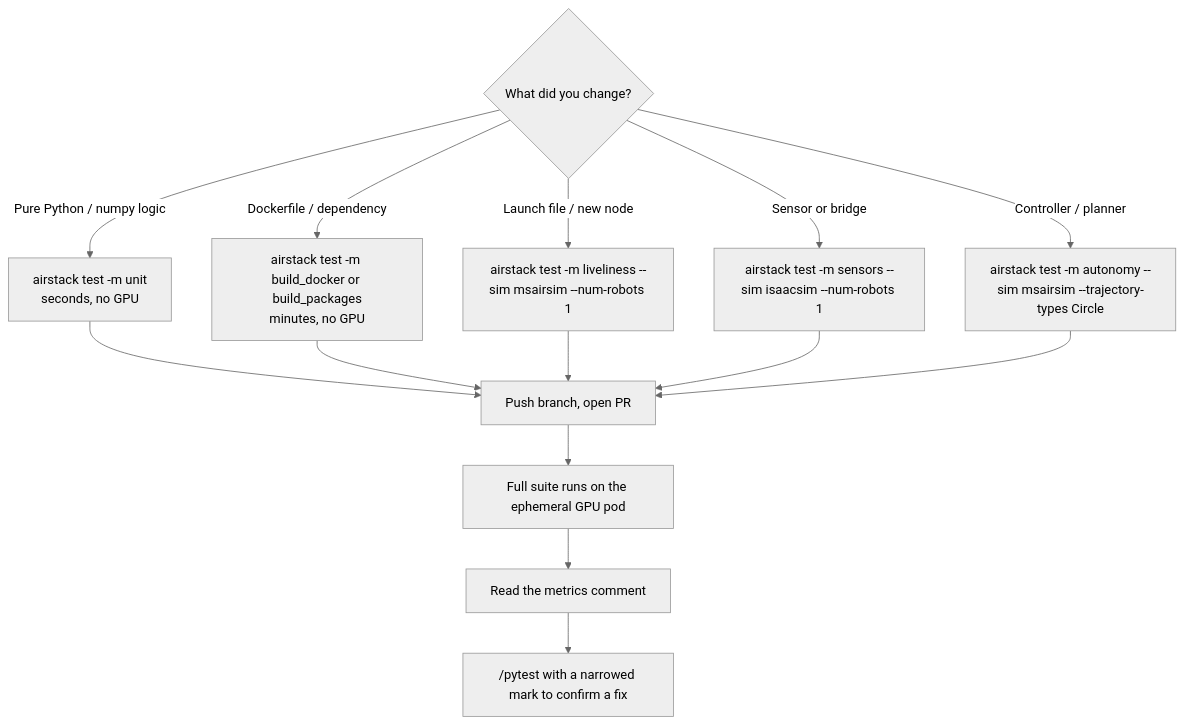
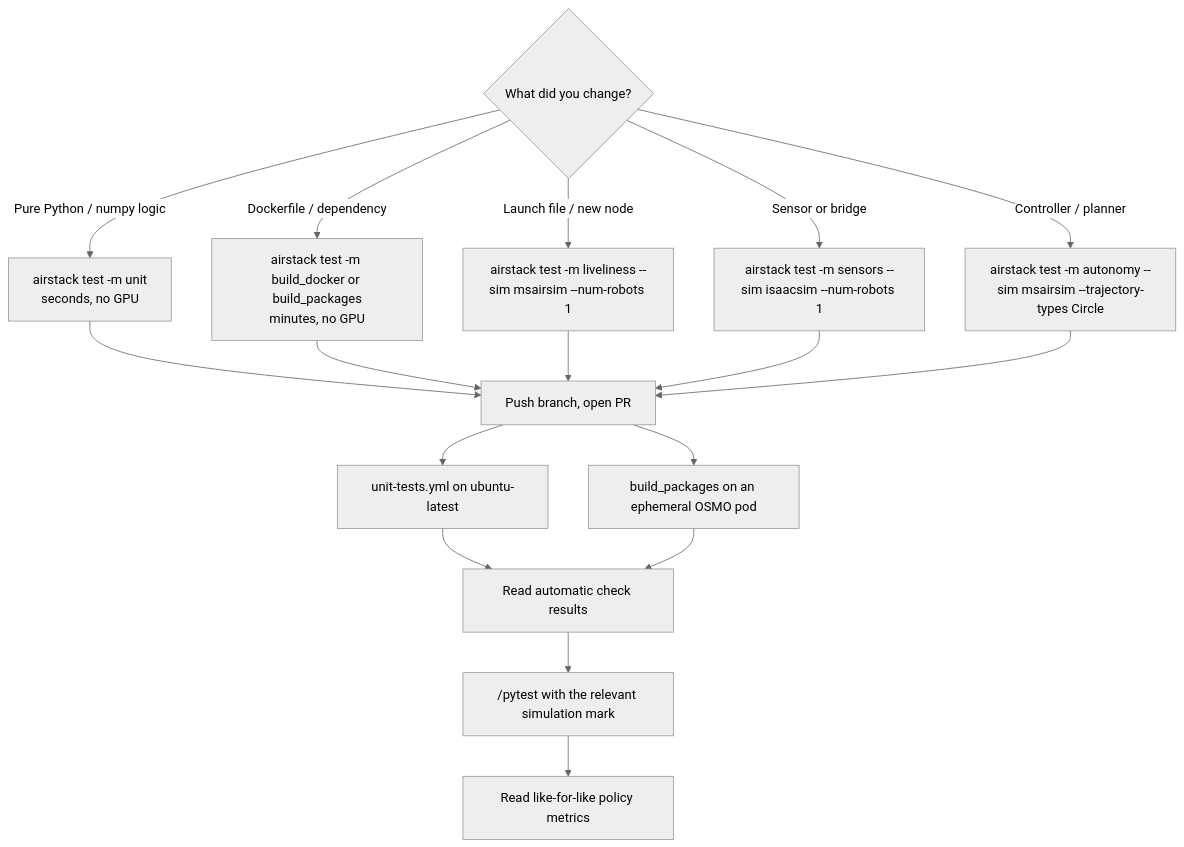
The seventh of 8 diagrams in docs/development/intermediate/testing/ci_cd.md (castacks/AirStack), drawn with Mermaid (neutral theme) before and after one commit. The commit also changed other lines of this file and 20 other files, not shown here.

````diff
--- a/docs/development/intermediate/testing/ci_cd.md
+++ b/docs/development/intermediate/testing/ci_cd.md
@@ -432,17 +443,20 @@
 ```mermaid
 flowchart TD
   q{"What did you change?"}
   q -- "Pure Python / numpy logic" --> u["airstack test -m unit<br/>seconds, no GPU"]
   q -- "Dockerfile / dependency" --> b["airstack test -m build_docker or build_packages<br/>minutes, no GPU"]
   q -- "Launch file / new node" --> l["airstack test -m liveliness --sim msairsim --num-robots 1"]
   q -- "Sensor or bridge" --> s["airstack test -m sensors --sim isaacsim --num-robots 1"]
   q -- "Controller / planner" --> a["airstack test -m autonomy --sim msairsim --trajectory-types Circle"]
   u --> pr["Push branch, open PR"]
   b --> pr
   l --> pr
   s --> pr
   a --> pr
-  pr --> ci["Full suite runs on the ephemeral GPU pod"]
-  ci --> rep["Read the metrics comment"]
-  rep --> iter["/pytest with a narrowed mark to confirm a fix"]
+  pr --> fast["unit-tests.yml on ubuntu-latest"]
+  pr --> ci["build_packages on an ephemeral OSMO pod"]
+  fast --> rep["Read automatic check results"]
+  ci --> rep
+  rep --> iter["/pytest with the relevant simulation mark"]
+  iter --> metrics["Read like-for-like policy metrics"]
 ```
````
